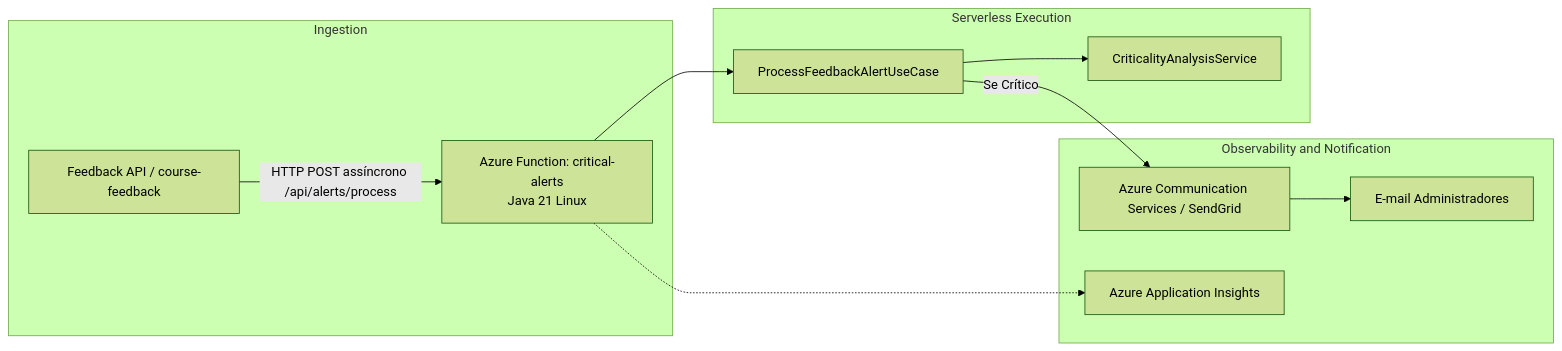
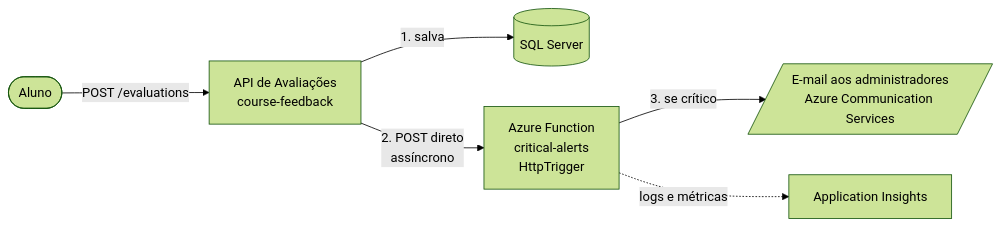
The diagram in function-alerts/README.md (LucasPavao/tech_challenger_4_grupo32), drawn with Mermaid (forest theme) before and after one commit. The commit also changed other lines of this file and 3 other files, not shown here.

````diff
--- a/function-alerts/README.md
+++ b/function-alerts/README.md
@@ -11,17 +13,8 @@
 ```mermaid
 flowchart LR
-    subgraph Ingestion
-        API[Feedback API / course-feedback] -->|HTTP POST assíncrono /api/alerts/process| AF[Azure Function: critical-alerts\nJava 21 Linux]
-    end
-
-    subgraph Serverless Execution
-        AF --> UC[ProcessFeedbackAlertUseCase]
-        UC --> CAS[CriticalityAnalysisService]
-    end
-
-    subgraph Observability and Notification
-        UC -->|Se Crítico| ACS[Azure Communication Services / SendGrid]
-        ACS --> Admin[E-mail Administradores]
-        AF -.-> AppIns[Azure Application Insights]
-    end
+    Aluno([Aluno]) -->|POST /evaluations| API["API de Avaliações<br/>course-feedback"]
+    API -->|1. salva| SQL[("SQL Server")]
+    API -->|2. POST direto<br/>assíncrono| AF["Azure Function<br/>critical-alerts<br/>HttpTrigger"]
+    AF -->|3. se crítico| MAIL[/"E-mail aos administradores<br/>Azure Communication Services"/]
+    AF -.->|logs e métricas| AI[Application Insights]
 ```
````
